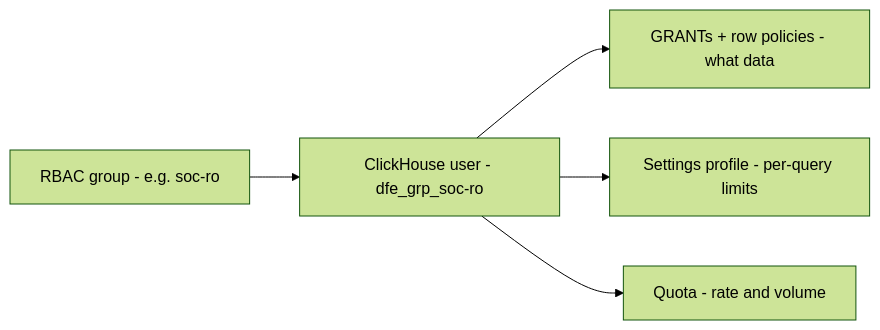
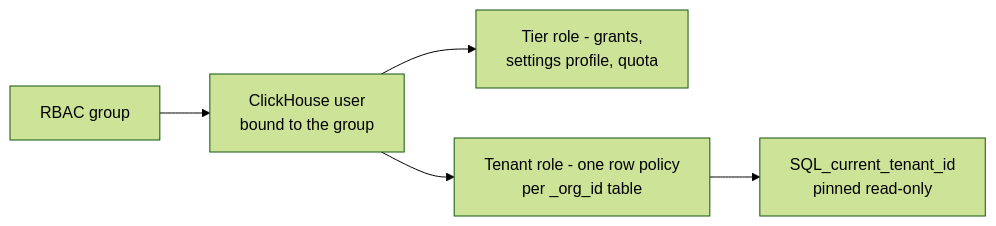
The fourth of 8 diagrams in docs/control-plane/governed-ops-design.md (hyperi-io/dfe-engine), drawn with Mermaid (forest theme) before and after one commit. The commit also changed other lines of this file and 50 other files, not shown here.

````diff
--- a/docs/control-plane/governed-ops-design.md
+++ b/docs/control-plane/governed-ops-design.md
@@ -234,13 +241,13 @@
 ```mermaid
 graph LR
-    Group["RBAC group - e.g. soc-ro"]
-    User["ClickHouse user - dfe_grp_soc-ro"]
-    Grants["GRANTs + row policies - what data"]
-    Profile["Settings profile - per-query limits"]
-    Quota["Quota - rate and volume"]
+    Group["RBAC group"]
+    User["ClickHouse user<br/>bound to the group"]
+    Tier["Tier role - grants,<br/>settings profile, quota"]
+    Tenant["Tenant role - one row policy<br/>per _org_id table"]
+    Setting["SQL_current_tenant_id<br/>pinned read-only"]
 
     Group --> User
-    User --> Grants
-    User --> Profile
-    User --> Quota
+    User --> Tier
+    User --> Tenant
+    Tenant --> Setting
 ```
````
